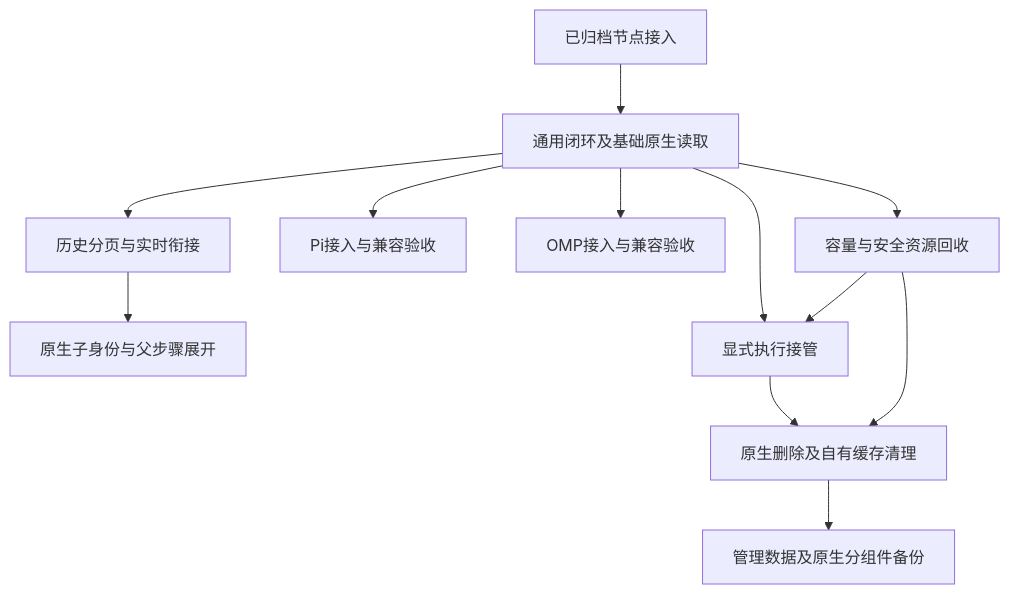
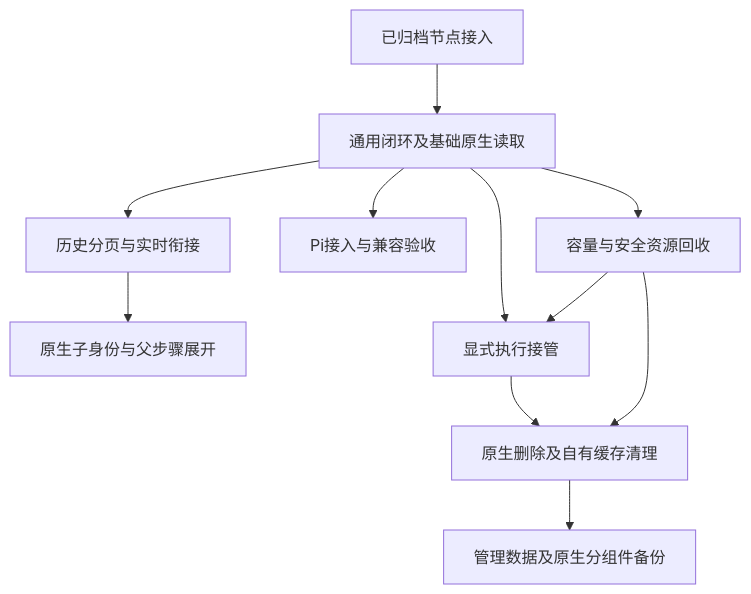
One commit to lindongfang/acp-remote changed the diagram in docs/REBUILD_CAPABILITY_MAP.md. Above: the diagram before and after it, drawn with Mermaid. The commit also changed other lines of this file and 17 other files, not shown here.

````diff
--- a/docs/REBUILD_CAPABILITY_MAP.md
+++ b/docs/REBUILD_CAPABILITY_MAP.md
@@ -41,14 +40,13 @@
 ```mermaid
 flowchart TD
   A[已归档节点接入] --> B[通用闭环及基础原生读取]
   B --> C[历史分页与实时衔接]
   B --> D[Pi接入与兼容验收]
-  B --> E[OMP接入与兼容验收]
   C --> F[原生子身份与父步骤展开]
   B --> G[容量与安全资源回收]
   B --> H[显式执行接管]
   G --> H
   H --> I[原生删除及自有缓存清理]
   G --> I
   I --> J[管理数据及原生分组件备份]
 ```
````
